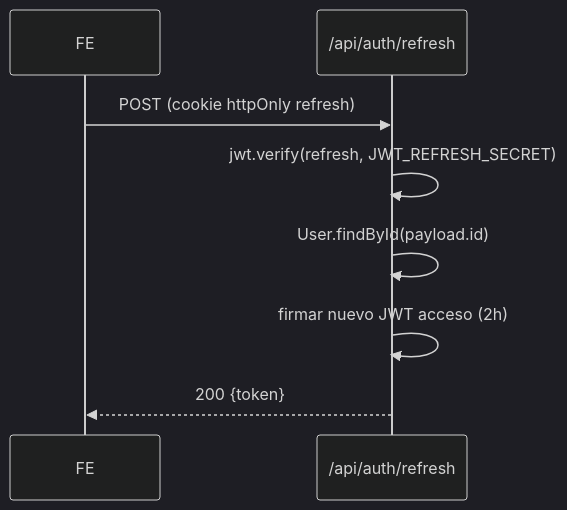
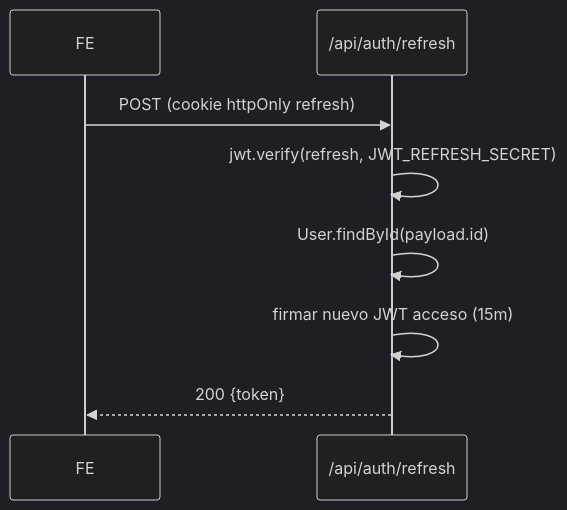
The diagram in docs-site/docs/seguridad/tokens.md (ismaelmonllo/GymSuite), drawn with Mermaid (dark theme) before and after one commit. The commit also changed other lines of this file and 25 other files, not shown here.

````diff
--- a/docs-site/docs/seguridad/tokens.md
+++ b/docs-site/docs/seguridad/tokens.md
@@ -58,10 +58,10 @@
 ```mermaid
 sequenceDiagram
   participant FE
   participant Refresh as /api/auth/refresh
   FE->>Refresh: POST (cookie httpOnly refresh)
   Refresh->>Refresh: jwt.verify(refresh, JWT_REFRESH_SECRET)
   Refresh->>Refresh: User.findById(payload.id)
-  Refresh->>Refresh: firmar nuevo JWT acceso (2h)
+  Refresh->>Refresh: firmar nuevo JWT acceso (15m)
   Refresh-->>FE: 200 {token}
 ```
````
